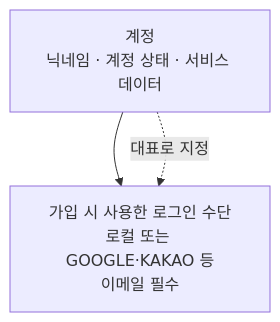
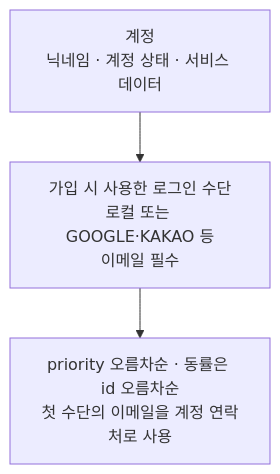
Before and after one commit to ghtak/tlab: the diagram in docs/specs/account/index.md, drawn with Mermaid. The commit also changed other lines of this file and 22 other files, not shown here.

````diff
--- a/docs/specs/account/index.md
+++ b/docs/specs/account/index.md
@@ -21,5 +26,5 @@
 ```mermaid
 flowchart TD
     A["계정<br/>닉네임 · 계정 상태 · 서비스 데이터"] --> M["가입 시 사용한 로그인 수단<br/>로컬 또는 GOOGLE·KAKAO 등<br/>이메일 필수"]
-    A -. 대표로 지정 .-> M
+    M --> P["priority 오름차순 · 동률은 id 오름차순<br/>첫 수단의 이메일을 계정 연락처로 사용"]
 ```
````
